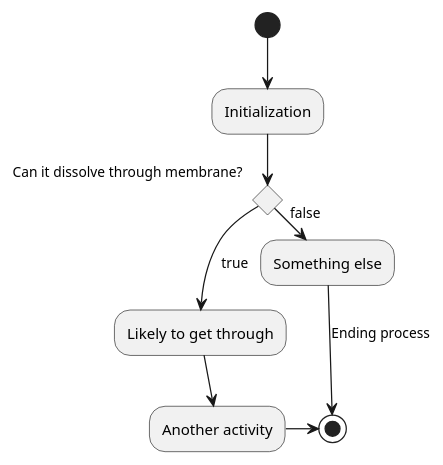
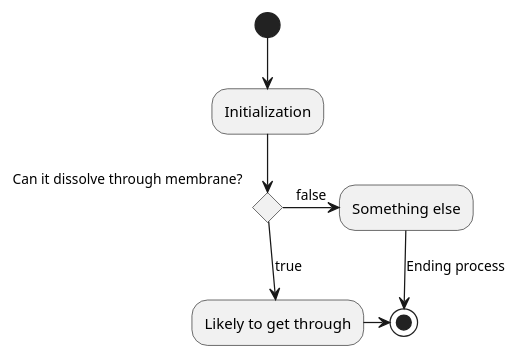
The diagram in Biology/Cell-Biology/Cell-Membrane.md (ashwinreddy/wiki), drawn with PlantUML before and after one commit.

Commit message:
Updated Cell%20Membrane (markdown)

```diff
--- a/Biology/Cell-Biology/Cell-Membrane.md
+++ b/Biology/Cell-Biology/Cell-Membrane.md
@@ -40,11 +40,10 @@
 @startuml
 (*) --> "Initialization"
 if "Can it dissolve through membrane?" then
   -->[true] "Likely to get through"
-  --> "Another activity"
   -right-> (*)
 else
   ->[false] "Something else"
   -->[Ending process] (*)
 endif
 @enduml
```
